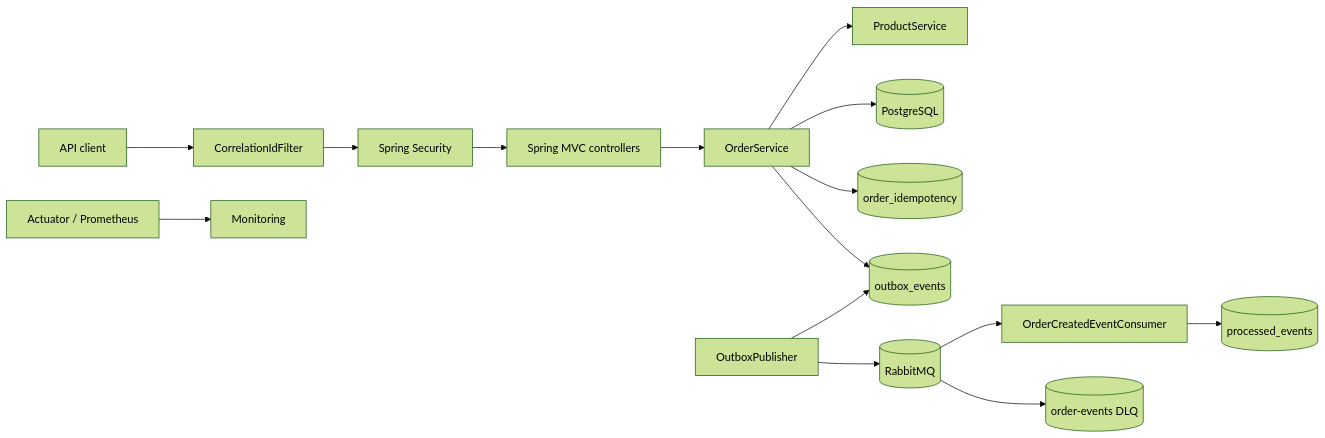
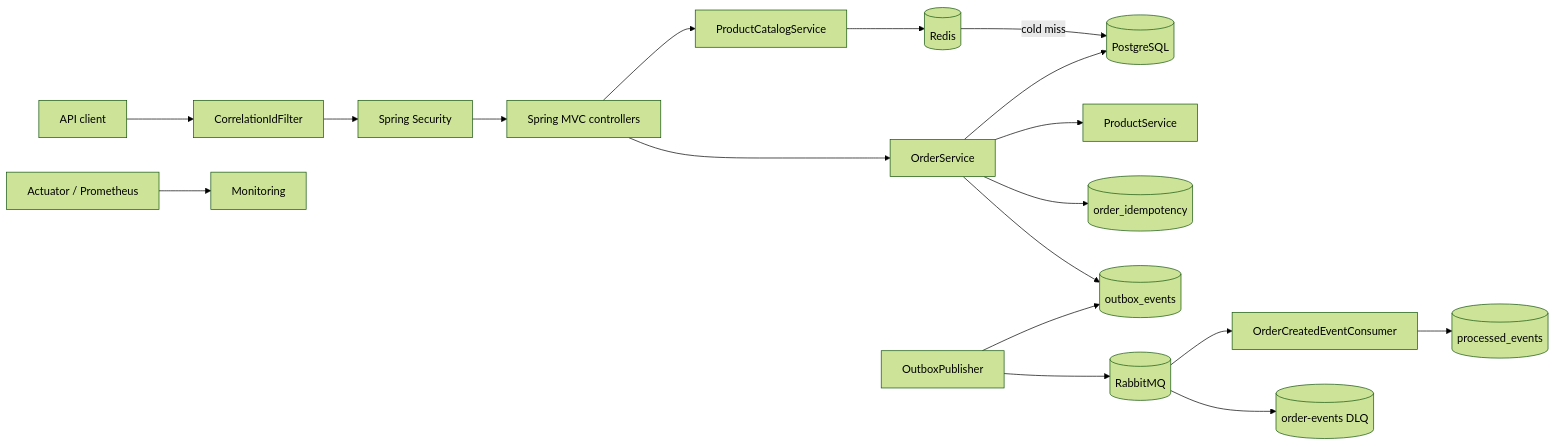
One commit to tawsif113/spring-boot-rescue-lab changed the first of 3 diagrams in docs/ARCHITECTURE.md. Above: the diagram before and after it, drawn with Mermaid (forest theme). The commit also changed other lines of this file and 26 other files, not shown here.

````diff
--- a/docs/ARCHITECTURE.md
+++ b/docs/ARCHITECTURE.md
@@ -7,17 +7,20 @@
 ```mermaid
 flowchart LR
     Client[API client] --> Corr[CorrelationIdFilter]
     Corr --> Security[Spring Security]
     Security --> API[Spring MVC controllers]
     API --> Orders[OrderService]
+    API --> Catalog[ProductCatalogService]
+    Catalog --> Redis[(Redis)]
+    Redis -->|cold miss| DB[(PostgreSQL)]
     Orders --> Inventory[ProductService]
-    Orders --> DB[(PostgreSQL)]
+    Orders --> DB
     Orders --> Idem[(order_idempotency)]
     Orders --> Outbox[(outbox_events)]
     Publisher[OutboxPublisher] --> Outbox
     Publisher --> Rabbit[(RabbitMQ)]
     Rabbit --> Consumer[OrderCreatedEventConsumer]
     Consumer --> Processed[(processed_events)]
     Rabbit --> DLQ[(order-events DLQ)]
     Actuator[Actuator / Prometheus] --> Metrics[Monitoring]
 ```
````
